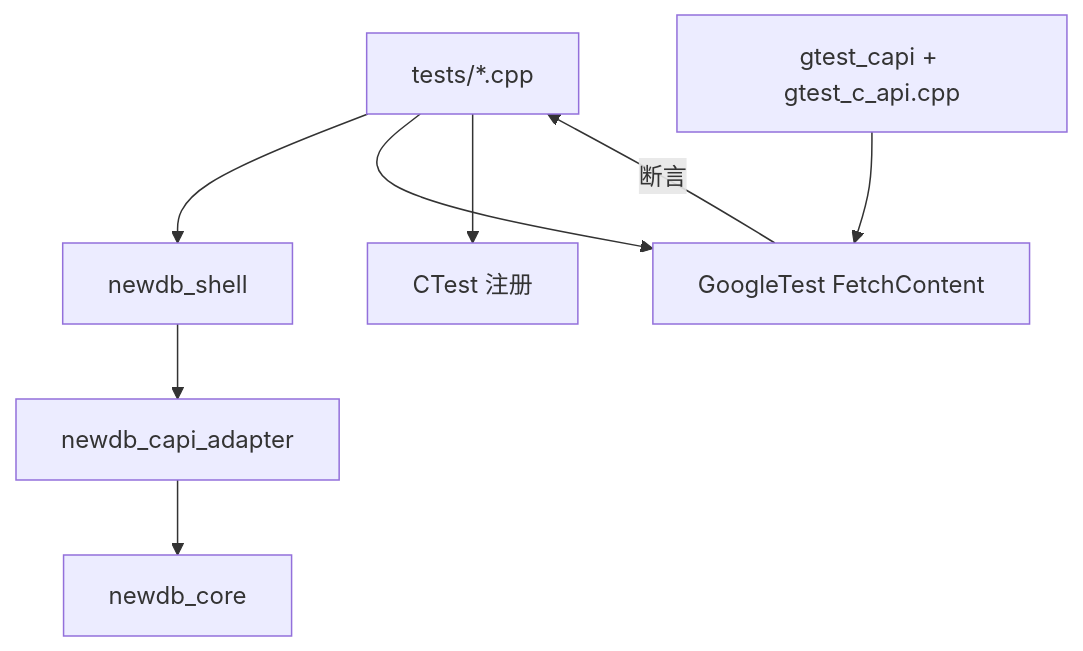
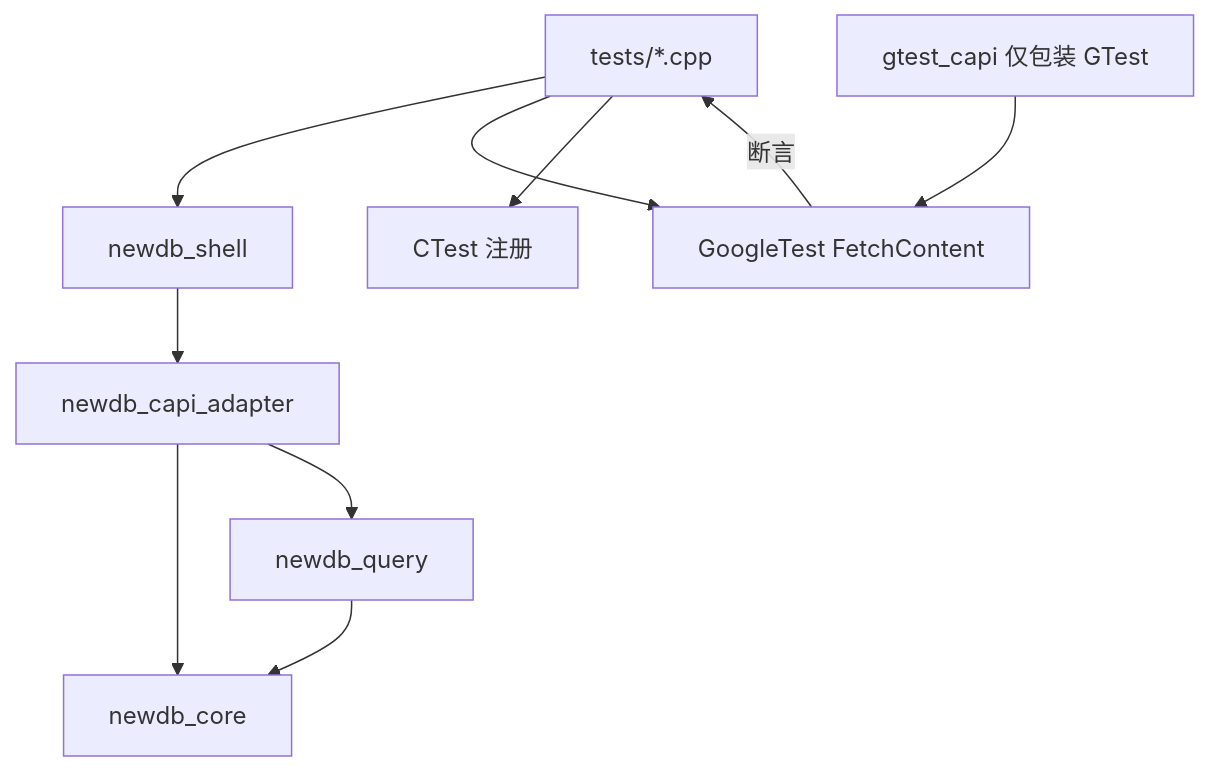
One commit to skyline019/database changed the tenth of 17 diagrams in newdb/docs/architecture/PROJECT_DATAFLOW_WHOLE.md. Above: the diagram before and after it, drawn with Mermaid. The commit also changed other lines of this file, not shown here.

````diff
--- a/newdb/docs/architecture/PROJECT_DATAFLOW_WHOLE.md
+++ b/newdb/docs/architecture/PROJECT_DATAFLOW_WHOLE.md
@@ -336,18 +514,21 @@
 ```mermaid
 flowchart TB
   SRC[tests/*.cpp]
   SH[newdb_shell]
   CAPI[newdb_capi_adapter]
+  QRY[newdb_query]
   CORE[newdb_core]
   GT[GoogleTest FetchContent]
-  GCAP[gtest_capi + gtest_c_api.cpp]
+  GCAP[gtest_capi 仅包装 GTest]
   CTEST[CTest 注册]
 
   SRC --> SH
   SH --> CAPI
   CAPI --> CORE
+  CAPI --> QRY
+  QRY --> CORE
   SRC --> GT
   SRC --> CTEST
   GCAP --> GT
   GT -->|断言| SRC
 ```
````
